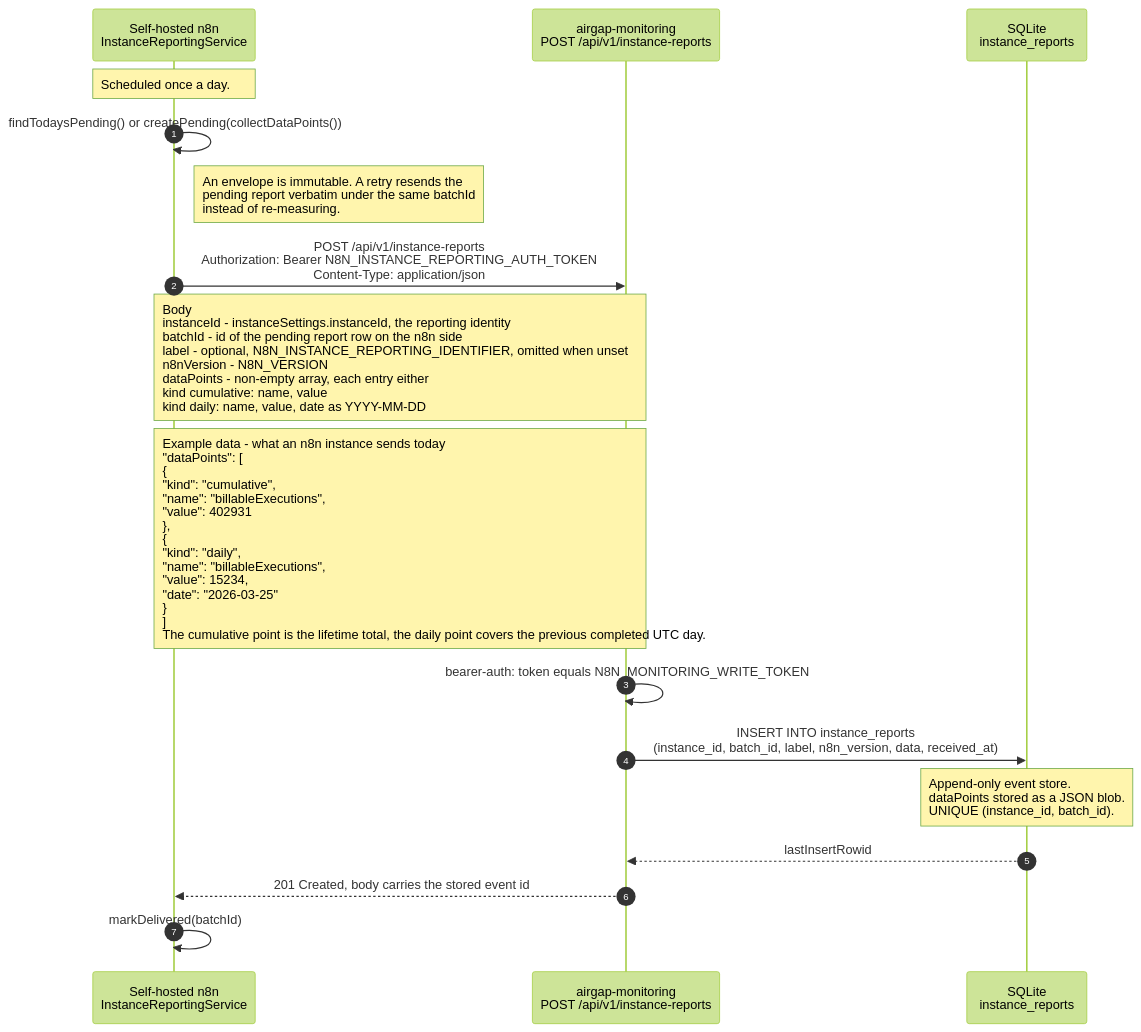
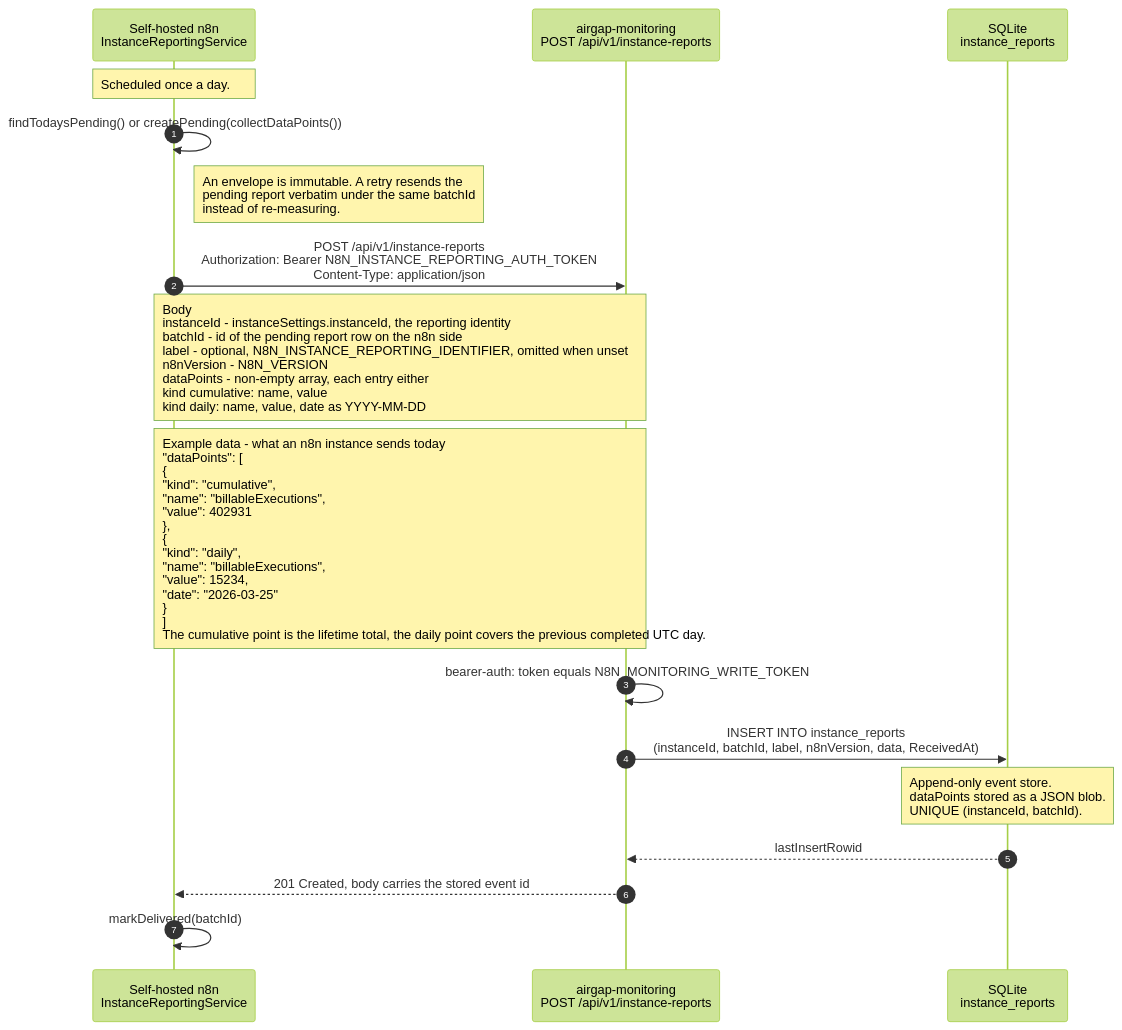
The diagram in DIAGRAMS.md (n8n-io/n8n-airgap-monitoring), drawn with Mermaid (forest theme) before and after one commit.

Commit message:
Update column names in diagrams.md

````diff
--- a/DIAGRAMS.md
+++ b/DIAGRAMS.md
@@ -14,30 +14,30 @@
 ```mermaid
 ---
 config:
   sequence:
     noteAlign: left
 ---
 sequenceDiagram
     autonumber
     participant N8N as Self-hosted n8n<br/>InstanceReportingService
     participant API as airgap-monitoring<br/>POST /api/v1/instance-reports
     participant DB as SQLite<br/>instance_reports
 
     Note over N8N: Scheduled once a day.
     N8N->>N8N: findTodaysPending() or createPending(collectDataPoints())
     Note right of N8N: An envelope is immutable. A retry resends the<br/>pending report verbatim under the same batchId<br/>instead of re-measuring.
 
     N8N->>API: POST /api/v1/instance-reports<br/>Authorization: Bearer N8N_INSTANCE_REPORTING_AUTH_TOKEN<br/>Content-Type: application/json
 
     Note over N8N,API: Body<br/>instanceId - instanceSettings.instanceId, the reporting identity<br/>batchId - id of the pending report row on the n8n side<br/>label - optional, N8N_INSTANCE_REPORTING_IDENTIFIER, omitted when unset<br/>n8nVersion - N8N_VERSION<br/>dataPoints - non-empty array, each entry either<br/>kind cumulative: name, value<br/>kind daily: name, value, date as YYYY-MM-DD
 
     Note over N8N,API: Example data - what an n8n instance sends today<br/>"dataPoints": [<br/>{<br/>"kind": "cumulative",<br/>"name": "billableExecutions",<br/>"value": 402931<br/>},<br/>{<br/>"kind": "daily",<br/>"name": "billableExecutions",<br/>"value": 15234,<br/>"date": "2026-03-25"<br/>}<br/>]<br/>The cumulative point is the lifetime total, the daily point covers the previous completed UTC day.
 
     API->>API: bearer-auth: token equals N8N_MONITORING_WRITE_TOKEN
-    API->>DB: INSERT INTO instance_reports<br/>(instance_id, batch_id, label, n8n_version, data, received_at)
-    Note over DB: Append-only event store.<br/>dataPoints stored as a JSON blob.<br/>UNIQUE (instance_id, batch_id).
+    API->>DB: INSERT INTO instance_reports<br/>(instanceId, batchId, label, n8nVersion, data, ReceivedAt)
+    Note over DB: Append-only event store.<br/>dataPoints stored as a JSON blob.<br/>UNIQUE (instanceId, batchId).
     DB-->>API: lastInsertRowid
     API-->>N8N: 201 Created, body carries the stored event id
 
     N8N->>N8N: markDelivered(batchId)
 ```
````
